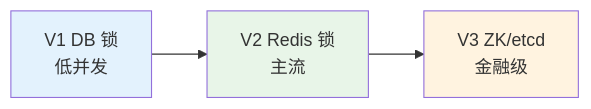
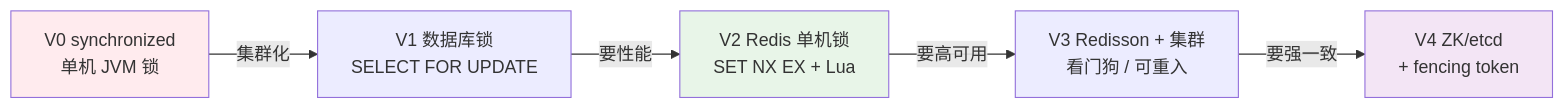
The ninth of 11 diagrams in docs/10.真经/05.方案设计思想/15.分布式锁方案设计.md (chongyang211/YCBookBlog), drawn with Mermaid before and after one commit. The commit also changed other lines of this file and 36 other files, not shown here.

````diff
--- a/docs/10.真经/05.方案设计思想/15.分布式锁方案设计.md
+++ b/docs/10.真经/05.方案设计思想/15.分布式锁方案设计.md
@@ -688,9 +484,10 @@
 ```mermaid
 flowchart LR
-    V1[V1 DB 锁<br/>低并发] --> V2[V2 Redis 锁<br/>主流]
-    V2 --> V3[V3 ZK/etcd<br/>金融级]
-    
-    style V1 fill:#e3f2fd
+    V0[V0 synchronized<br/>单机 JVM 锁] -->|集群化| V1[V1 数据库锁<br/>SELECT FOR UPDATE]
+    V1 -->|要性能| V2[V2 Redis 单机锁<br/>SET NX EX + Lua]
+    V2 -->|要高可用| V3[V3 Redisson + 集群<br/>看门狗 / 可重入]
+    V3 -->|要强一致| V4[V4 ZK/etcd<br/>+ fencing token]
+    style V0 fill:#ffebee
     style V2 fill:#e8f5e8
-    style V3 fill:#fff3e0
+    style V4 fill:#f3e5f5
 ```
````
